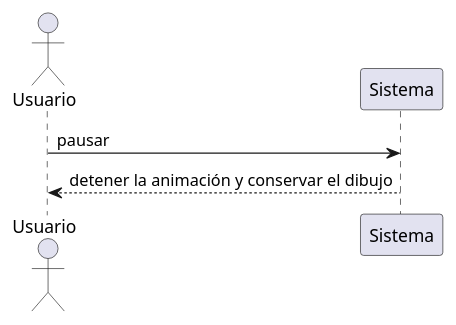
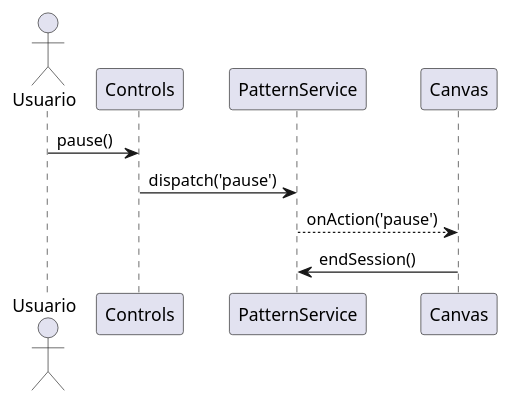
The fifth of 15 diagrams in claude/memoria-cap4-analisis.md (IgnacioMol/Epicycloid_generator), drawn with PlantUML before and after one commit. The commit also changed other lines of this file and 1 other file, not shown here.

````diff
--- a/claude/memoria-cap4-analisis.md
+++ b/claude/memoria-cap4-analisis.md
@@ -507,9 +632,13 @@
 ```plantuml
 @startuml SecPausar
 actor Usuario
-participant "Sistema" as S
+participant "Controls" as C
+participant "PatternService" as PS
+participant "Canvas" as CV
 
-Usuario -> S : pausar
-S --> Usuario : detener la animación y conservar el dibujo
+Usuario -> C : pause()
+C -> PS : dispatch('pause')
+PS --> CV : onAction('pause')
+CV -> PS : endSession()
 @enduml
 ```
````
